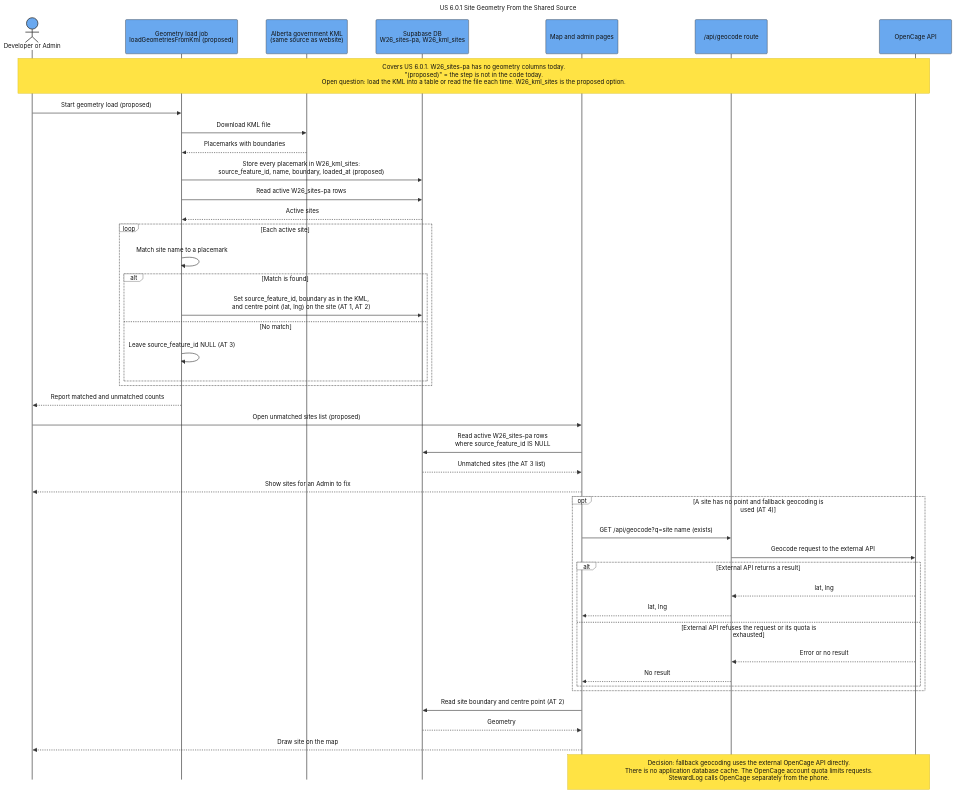
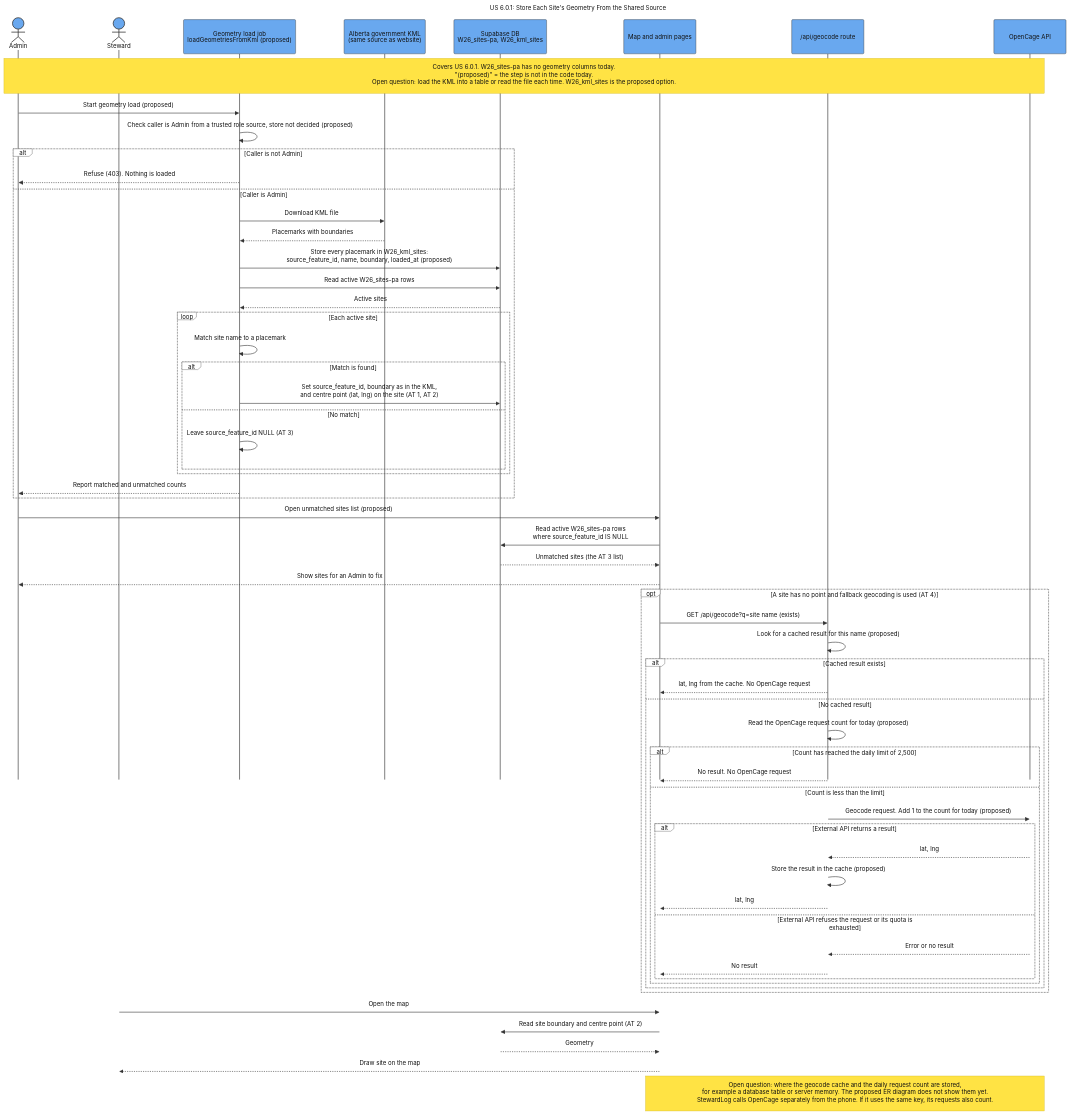
The diagram in docs/assets/Sequence_US_6_0_1_Site_Geometry_Load.mmd (SAPAA-Dev/W26Project-SAPAA-Dev-Team), drawn with Mermaid before and after one commit. The commit also changed 91 other files, not shown here.

```diff
--- a/docs/assets/Sequence_US_6_0_1_Site_Geometry_Load.mmd
+++ b/docs/assets/Sequence_US_6_0_1_Site_Geometry_Load.mmd
@@ -1,90 +1,108 @@
 ---
-title: "US 6.0.1 Site Geometry From the Shared Source"
+title: "US 6.0.1: Store Each Site's Geometry From the Shared Source"
 config:
   theme: base
   sequence:
     actorMargin: 75
     boxMargin: 12
     diagramMarginX: 45
     diagramMarginY: 30
     messageMargin: 40
     noteMargin: 16
     mirrorActors: false
     width: 190
     height: 90
   themeVariables:
     background: "#ffffff"
     primaryColor: "#69a8ef"
     primaryBorderColor: "#333333"
     primaryTextColor: "#111111"
     actorBkg: "#69a8ef"
     actorBorder: "#333333"
     actorTextColor: "#111111"
     actorLineColor: "#555555"
     signalColor: "#333333"
     signalTextColor: "#111111"
     activationBkgColor: "#cdd3db"
     activationBorderColor: "#cdd3db"
     noteBkgColor: "#ffe344"
     noteBorderColor: "#d4ba24"
     noteTextColor: "#111111"
     labelBoxBkgColor: "#ffffff"
     labelBoxBorderColor: "#555555"
     labelTextColor: "#111111"
     loopTextColor: "#111111"
     altBackground: "#ffffff"
   themeCSS: |
     .actor-line {
       stroke-dasharray: 10 10 !important;
       stroke-width: 1.25px !important;
     }
 ---
 sequenceDiagram
     autonumber off
-    actor Operator as Developer or Admin
+    actor Admin
+    actor Steward
     participant Loader as Geometry load job<br/>loadGeometriesFromKml (proposed)
     participant KML as Alberta government KML<br/>(same source as website)
     participant DB as Supabase DB<br/>W26_sites-pa, W26_kml_sites
     participant Pages as Map and admin pages
     participant Geo as /api/geocode route
     participant OC as OpenCage API
 
-    Note over Operator,OC: Covers US 6.0.1. W26_sites-pa has no geometry columns today.<br/>"(proposed)" = the step is not in the code today.<br/>Open question: load the KML into a table or read the file each time. W26_kml_sites is the proposed option.
+    Note over Admin,OC: Covers US 6.0.1. W26_sites-pa has no geometry columns today.<br/>"(proposed)" = the step is not in the code today.<br/>Open question: load the KML into a table or read the file each time. W26_kml_sites is the proposed option.
 
-    Operator->>Loader: Start geometry load (proposed)
-    Loader->>KML: Download KML file
-    KML-->>Loader: Placemarks with boundaries
-    Loader->>DB: Store every placemark in W26_kml_sites:<br/>source_feature_id, name, boundary, loaded_at (proposed)
-    Loader->>DB: Read active W26_sites-pa rows
-    DB-->>Loader: Active sites
-    loop Each active site
-        Loader->>Loader: Match site name to a placemark
-        alt Match is found
-            Loader->>DB: Set source_feature_id, boundary as in the KML,<br/>and centre point (lat, lng) on the site (AT 1, AT 2)
-        else No match
-            Loader->>Loader: Leave source_feature_id NULL (AT 3)
+    Admin->>Loader: Start geometry load (proposed)
+    Loader->>Loader: Check caller is Admin from a trusted role source, store not decided (proposed)
+    alt Caller is not Admin
+        Loader-->>Admin: Refuse (403). Nothing is loaded
+    else Caller is Admin
+        Loader->>KML: Download KML file
+        KML-->>Loader: Placemarks with boundaries
+        Loader->>DB: Store every placemark in W26_kml_sites:<br/>source_feature_id, name, boundary, loaded_at (proposed)
+        Loader->>DB: Read active W26_sites-pa rows
+        DB-->>Loader: Active sites
+        loop Each active site
+            Loader->>Loader: Match site name to a placemark
+            alt Match is found
+                Loader->>DB: Set source_feature_id, boundary as in the KML,<br/>and centre point (lat, lng) on the site (AT 1, AT 2)
+            else No match
+                Loader->>Loader: Leave source_feature_id NULL (AT 3)
+            end
         end
+        Loader-->>Admin: Report matched and unmatched counts
     end
-    Loader-->>Operator: Report matched and unmatched counts
-    Operator->>Pages: Open unmatched sites list (proposed)
+    Admin->>Pages: Open unmatched sites list (proposed)
     Pages->>DB: Read active W26_sites-pa rows<br/>where source_feature_id IS NULL
     DB-->>Pages: Unmatched sites (the AT 3 list)
-    Pages-->>Operator: Show sites for an Admin to fix
+    Pages-->>Admin: Show sites for an Admin to fix
 
     opt A site has no point and fallback geocoding is used (AT 4)
         Pages->>Geo: GET /api/geocode?q=site name (exists)
-        Geo->>OC: Geocode request to the external API
-        alt External API returns a result
-            OC-->>Geo: lat, lng
-            Geo-->>Pages: lat, lng
-        else External API refuses the request or its quota is exhausted
-            OC-->>Geo: Error or no result
-            Geo-->>Pages: No result
+        Geo->>Geo: Look for a cached result for this name (proposed)
+        alt Cached result exists
+            Geo-->>Pages: lat, lng from the cache. No OpenCage request
+        else No cached result
+            Geo->>Geo: Read the OpenCage request count for today (proposed)
+            alt Count has reached the daily limit of 2,500
+                Geo-->>Pages: No result. No OpenCage request
+            else Count is less than the limit
+                Geo->>OC: Geocode request. Add 1 to the count for today (proposed)
+                alt External API returns a result
+                    OC-->>Geo: lat, lng
+                    Geo->>Geo: Store the result in the cache (proposed)
+                    Geo-->>Pages: lat, lng
+                else External API refuses the request or its quota is exhausted
+                    OC-->>Geo: Error or no result
+                    Geo-->>Pages: No result
+                end
+            end
         end
     end
 
+    Steward->>Pages: Open the map
     Pages->>DB: Read site boundary and centre point (AT 2)
     DB-->>Pages: Geometry
-    Pages-->>Operator: Draw site on the map
+    Pages-->>Steward: Draw site on the map
 
-    Note over Pages,OC: Decision: fallback geocoding uses the external OpenCage API directly.<br/>There is no application database cache. The OpenCage account quota limits requests.<br/>StewardLog calls OpenCage separately from the phone.
+    Note over Pages,OC: Open question: where the geocode cache and the daily request count are stored,<br/>for example a database table or server memory. The proposed ER diagram does not show them yet.<br/>StewardLog calls OpenCage separately from the phone. If it uses the same key, its requests also count.
```
